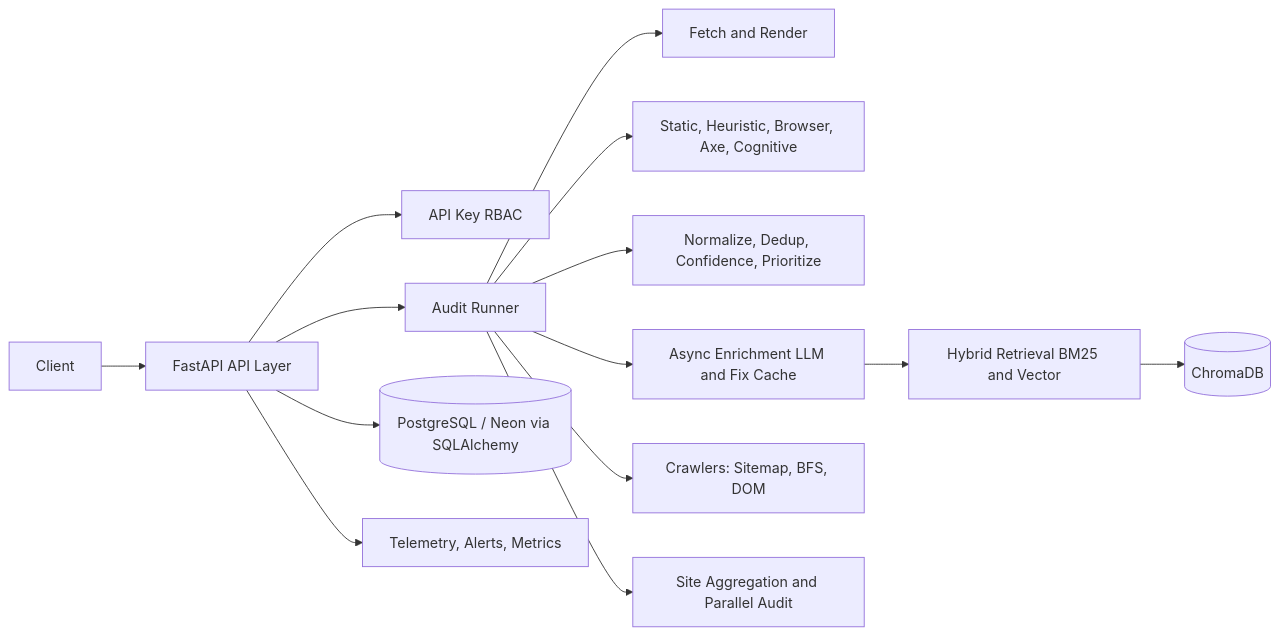
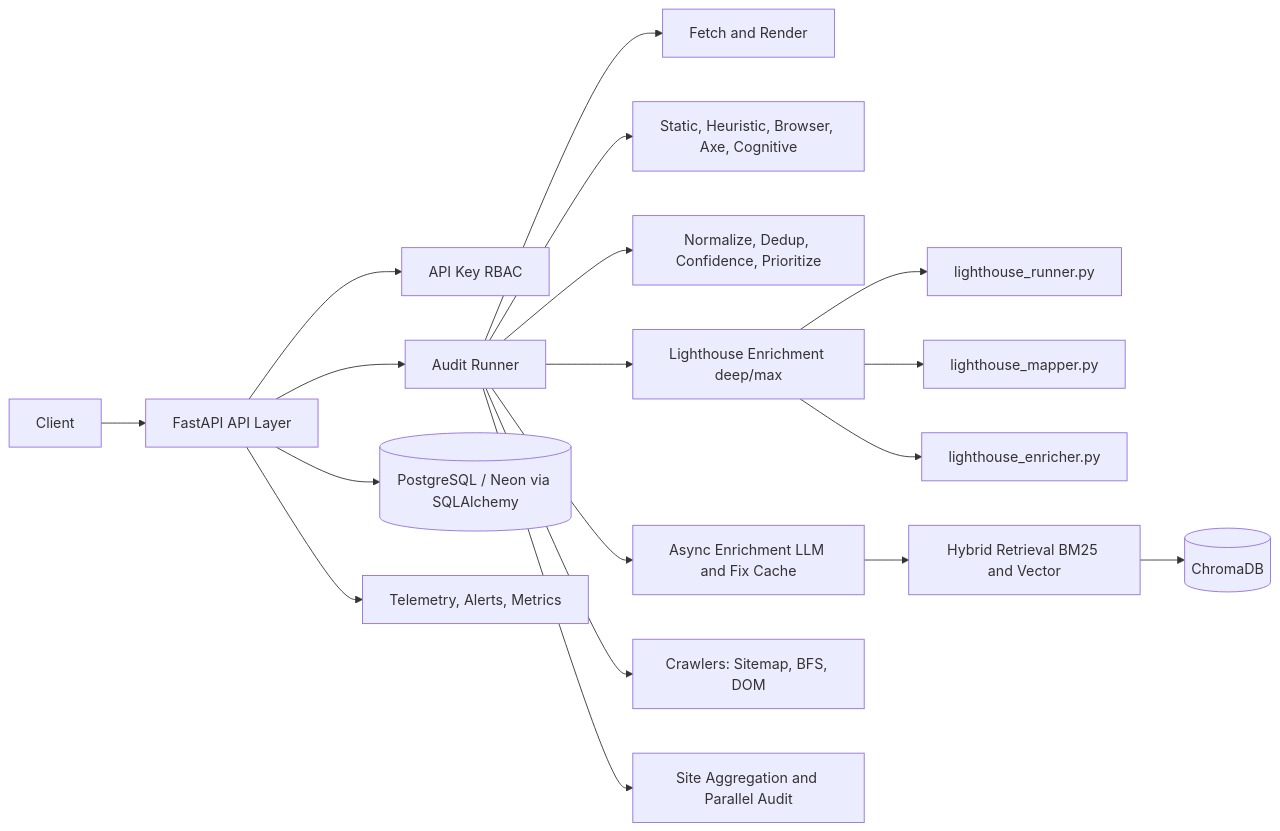
One commit to WillyEverGreen/BEACON changed the diagram in README.md. Above: the diagram before and after it, drawn with Mermaid. The commit also changed other lines of this file and 25 other files, not shown here.

````diff
--- a/README.md
+++ b/README.md
@@ -69,20 +89,25 @@
 ```mermaid
 flowchart LR
     C[Client] --> API[FastAPI API Layer]
     API --> AUTH[API Key RBAC]
     API --> RUN[Audit Runner]
 
     RUN --> FETCH[Fetch and Render]
     RUN --> ENGINES[Static, Heuristic, Browser, Axe, Cognitive]
     RUN --> SCORE[Normalize, Dedup, Confidence, Prioritize]
     RUN --> ENRICH[Async Enrichment LLM and Fix Cache]
+    RUN --> LH[Lighthouse Enrichment deep/max]
 
     RUN --> CRAWL[Crawlers: Sitemap, BFS, DOM]
     RUN --> SITE[Site Aggregation and Parallel Audit]
+
+    LH --> LH_RUNNER[lighthouse_runner.py]
+    LH --> LH_MAPPER[lighthouse_mapper.py]
+    LH --> LH_MERGER[lighthouse_enricher.py]
 
     ENRICH --> RAG[Hybrid Retrieval BM25 and Vector]
     RAG --> VDB[(ChromaDB)]
 
     API --> DB[(PostgreSQL / Neon via SQLAlchemy)]
     API --> OBS[Telemetry, Alerts, Metrics]
 ```
````
